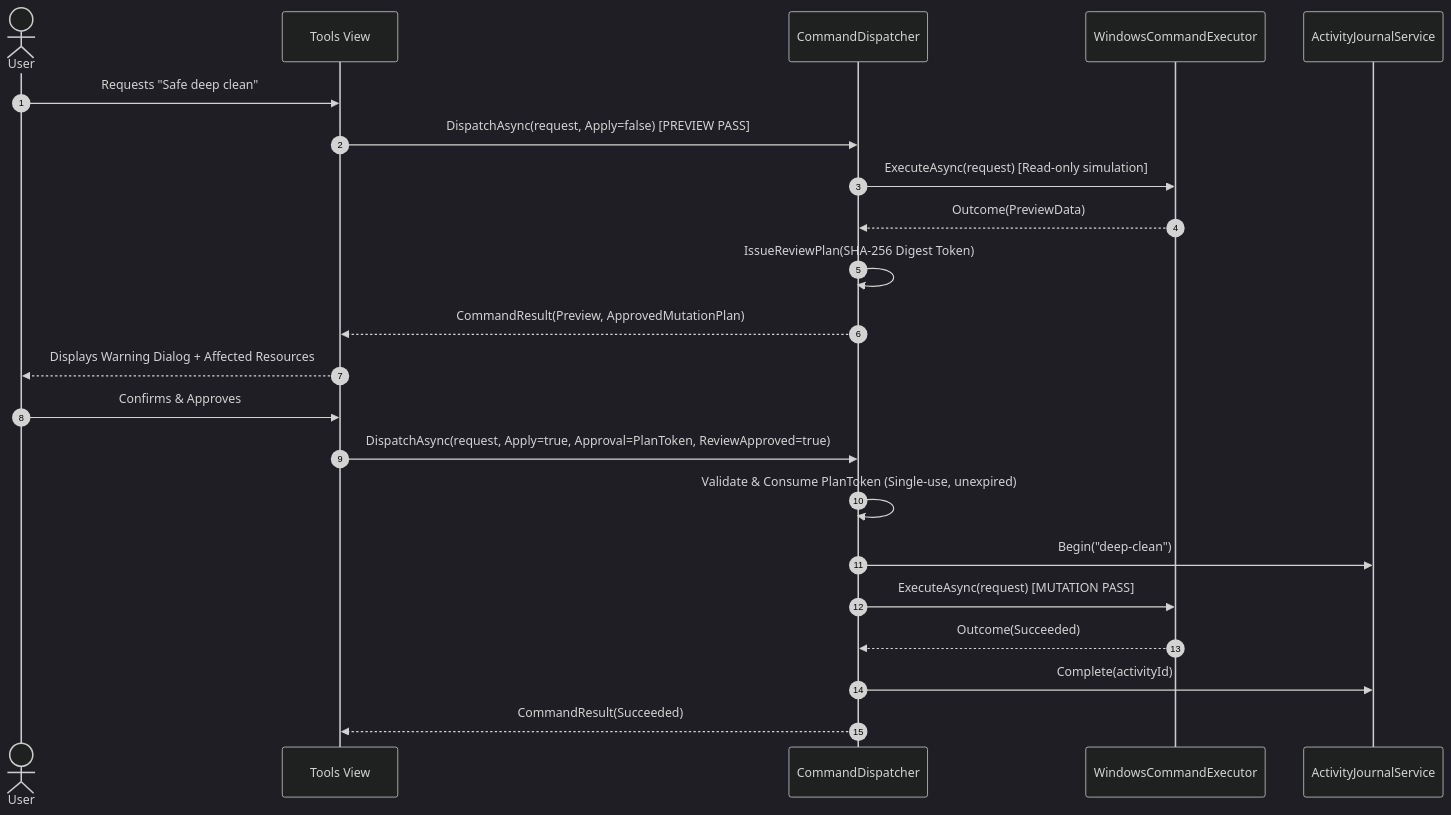
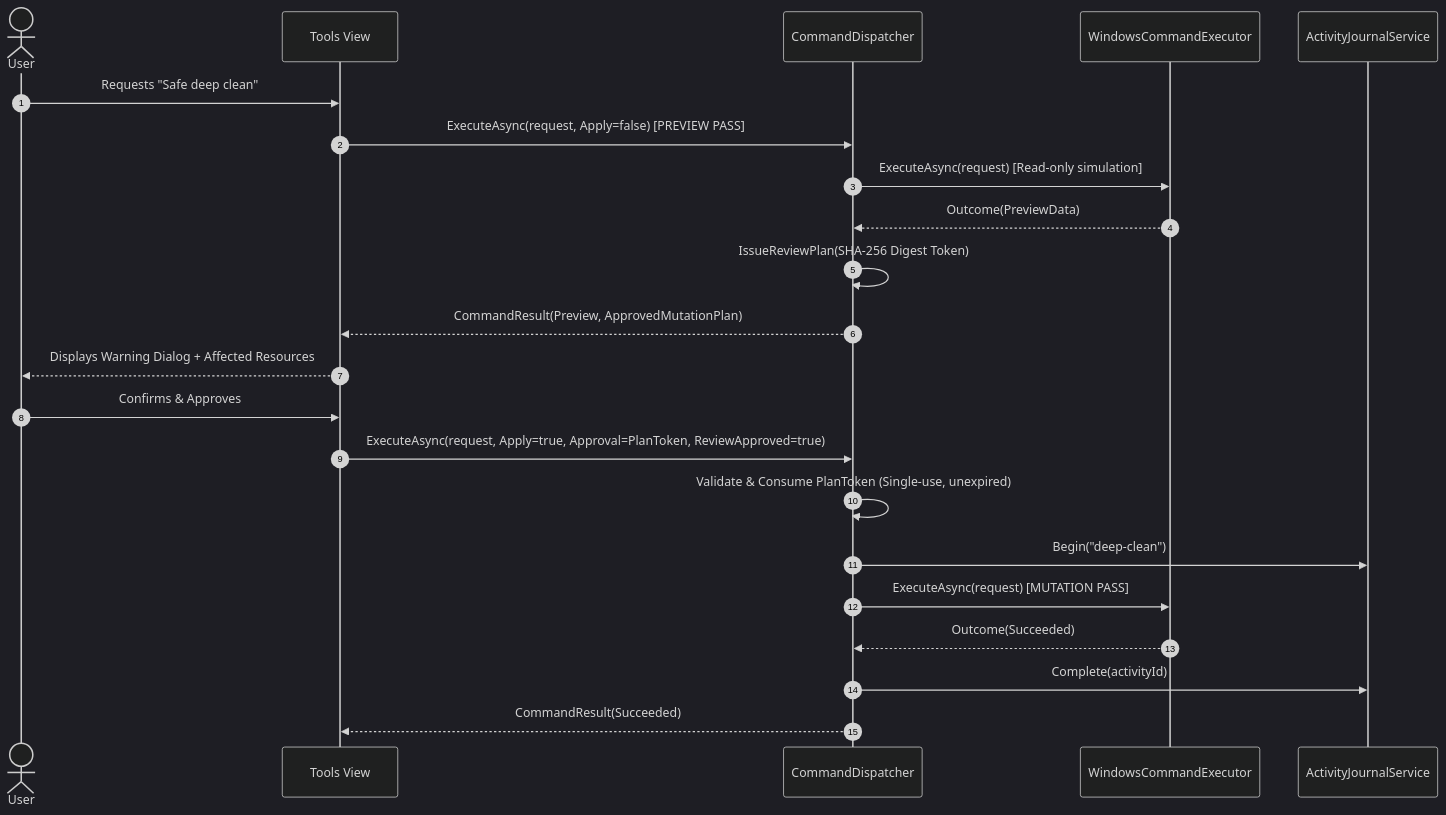
One commit to AmirrezaFarnamTaheri/WinCare changed the fifth of 5 diagrams in docs/architecture/c4-model.md. Above: the diagram before and after it, drawn with Mermaid (dark theme). The commit also changed other lines of this file, not shown here.

Commit message:
docs(architecture): use implemented command APIs

````diff
--- a/docs/architecture/c4-model.md
+++ b/docs/architecture/c4-model.md
@@ -134,25 +134,25 @@
 ```mermaid
 sequenceDiagram
     autonumber
     actor User
     participant UI as Tools View
     participant Disp as CommandDispatcher
     participant Exec as WindowsCommandExecutor
     participant Jrnl as ActivityJournalService
 
     User->>UI: Requests "Safe deep clean"
-    UI->>Disp: DispatchAsync(request, Apply=false) [PREVIEW PASS]
+    UI->>Disp: ExecuteAsync(request, Apply=false) [PREVIEW PASS]
     Disp->>Exec: ExecuteAsync(request) [Read-only simulation]
     Exec-->>Disp: Outcome(PreviewData)
     Disp->>Disp: IssueReviewPlan(SHA-256 Digest Token)
     Disp-->>UI: CommandResult(Preview, ApprovedMutationPlan)
     UI-->>User: Displays Warning Dialog + Affected Resources
     User->>UI: Confirms & Approves
-    UI->>Disp: DispatchAsync(request, Apply=true, Approval=PlanToken, ReviewApproved=true)
+    UI->>Disp: ExecuteAsync(request, Apply=true, Approval=PlanToken, ReviewApproved=true)
     Disp->>Disp: Validate & Consume PlanToken (Single-use, unexpired)
     Disp->>Jrnl: Begin("deep-clean")
     Disp->>Exec: ExecuteAsync(request) [MUTATION PASS]
     Exec-->>Disp: Outcome(Succeeded)
     Disp->>Jrnl: Complete(activityId)
     Disp-->>UI: CommandResult(Succeeded)
 ```
````
